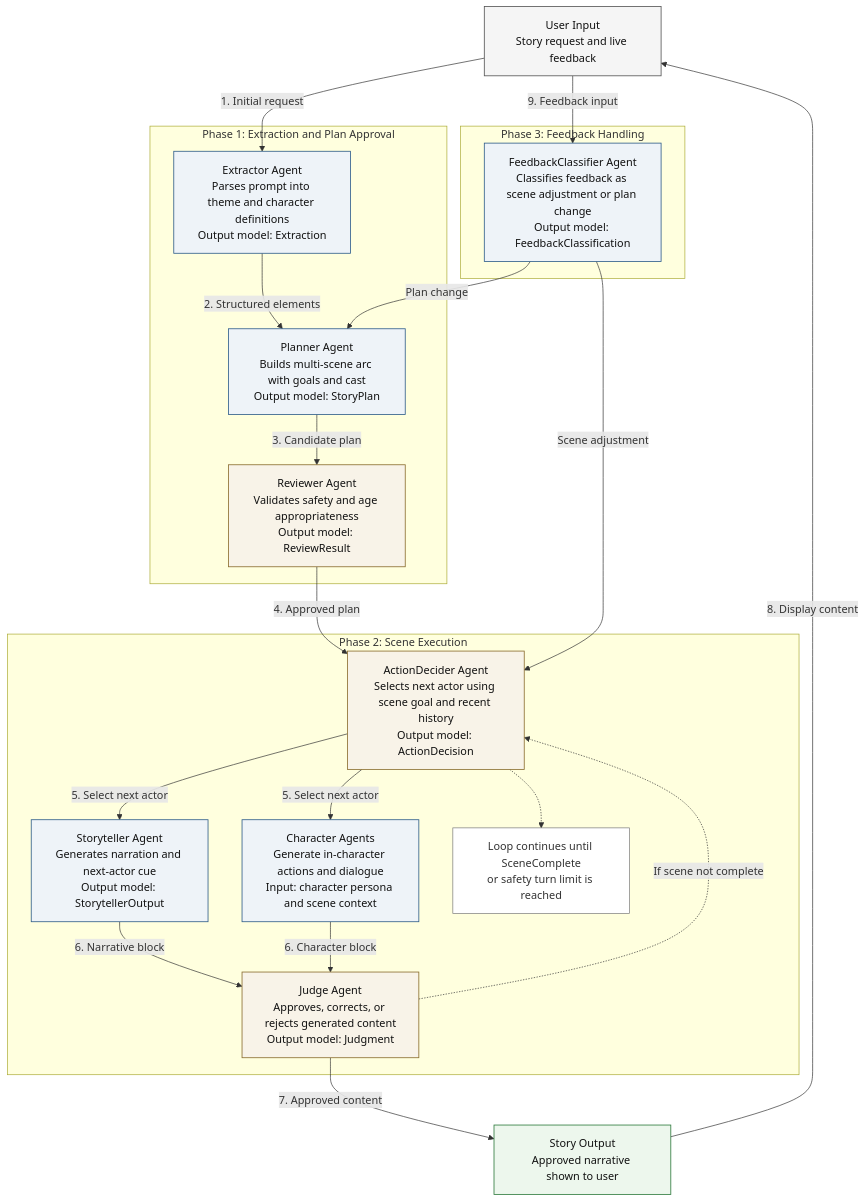
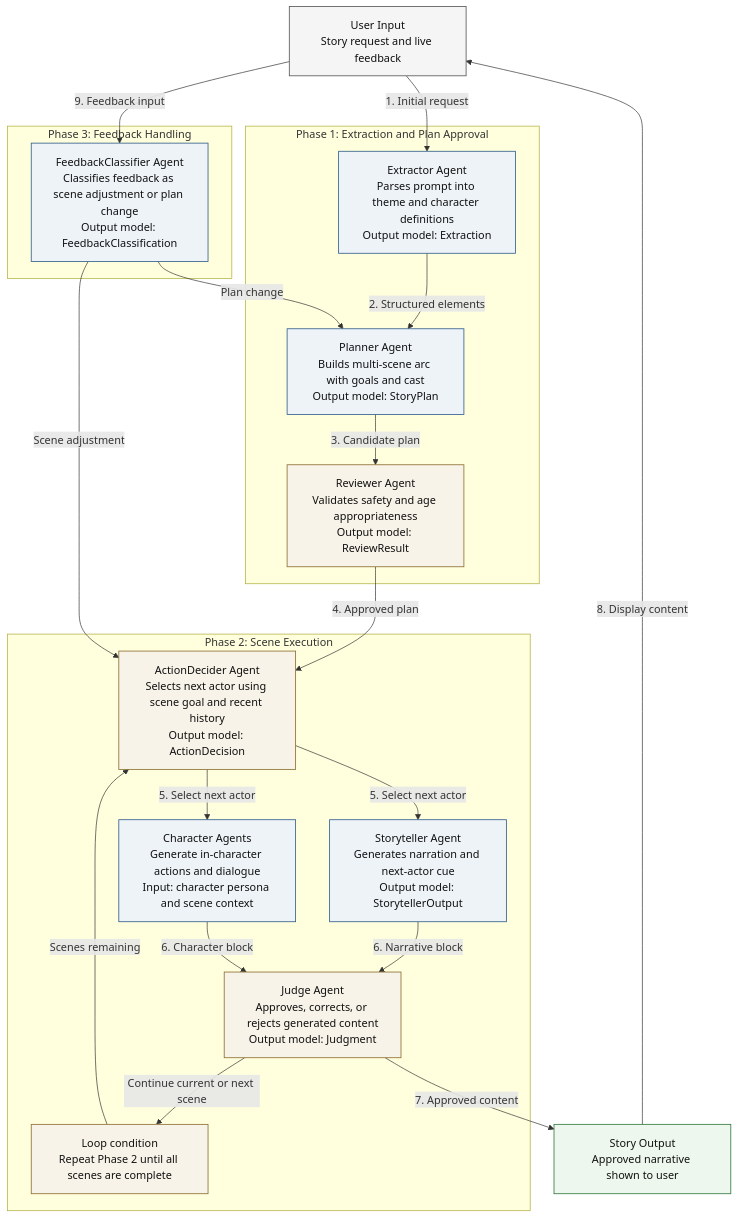
Before and after one commit to guptayush0130/Storyteller_Multi_Agent: the diagram in block_diagram.md, drawn with Mermaid.

Commit message:
Fixed mermaid

````diff
--- a/block_diagram.md
+++ b/block_diagram.md
@@ -5,48 +5,47 @@
 ```mermaid
 flowchart TD
     classDef user fill:#f5f5f5,stroke:#555,stroke-width:1.2px,color:#111
     classDef process fill:#eef3f8,stroke:#2f5d8a,stroke-width:1.2px,color:#111
     classDef control fill:#f8f3e8,stroke:#8a6d2f,stroke-width:1.2px,color:#111
     classDef output fill:#edf7ed,stroke:#2f7a3d,stroke-width:1.2px,color:#111
-    classDef note fill:#ffffff,stroke:#777,stroke-width:1px,color:#333
 
     User[User Input\nStory request and live feedback]:::user
 
     subgraph P1[Phase 1: Extraction and Plan Approval]
         Extractor[Extractor Agent\nParses prompt into theme and character definitions\nOutput model: Extraction]:::process
         Planner[Planner Agent\nBuilds multi-scene arc with goals and cast\nOutput model: StoryPlan]:::process
         Reviewer[Reviewer Agent\nValidates safety and age appropriateness\nOutput model: ReviewResult]:::control
     end
 
     subgraph P2[Phase 2: Scene Execution]
         Director[ActionDecider Agent\nSelects next actor using scene goal and recent history\nOutput model: ActionDecision]:::control
         Storyteller[Storyteller Agent\nGenerates narration and next-actor cue\nOutput model: StorytellerOutput]:::process
         Characters[Character Agents\nGenerate in-character actions and dialogue\nInput: character persona and scene context]:::process
         Judge[Judge Agent\nApproves, corrects, or rejects generated content\nOutput model: Judgment]:::control
-        LoopNote[Loop continues until SceneComplete\nor safety turn limit is reached]:::note
+        SceneLoop[Loop condition\nRepeat Phase 2 until all scenes are complete]:::control
     end
 
     subgraph P3[Phase 3: Feedback Handling]
         Feedback[FeedbackClassifier Agent\nClassifies feedback as scene adjustment or plan change\nOutput model: FeedbackClassification]:::process
     end
 
     Output[Story Output\nApproved narrative shown to user]:::output
 
     User -->|1. Initial request| Extractor
     Extractor -->|2. Structured elements| Planner
     Planner -->|3. Candidate plan| Reviewer
     Reviewer -->|4. Approved plan| Director
 
     Director -->|5. Select next actor| Storyteller
     Director -->|5. Select next actor| Characters
     Storyteller -->|6. Narrative block| Judge
     Characters -->|6. Character block| Judge
-    Judge -.->|If scene not complete| Director
-    Director -.-> LoopNote
+    Judge -->|Continue current or next scene| SceneLoop
+    SceneLoop -->|Scenes remaining| Director
     Judge -->|7. Approved content| Output
 
     Output -->|8. Display content| User
     User -->|9. Feedback input| Feedback
     Feedback -->|Scene adjustment| Director
     Feedback -->|Plan change| Planner
 ```
````
